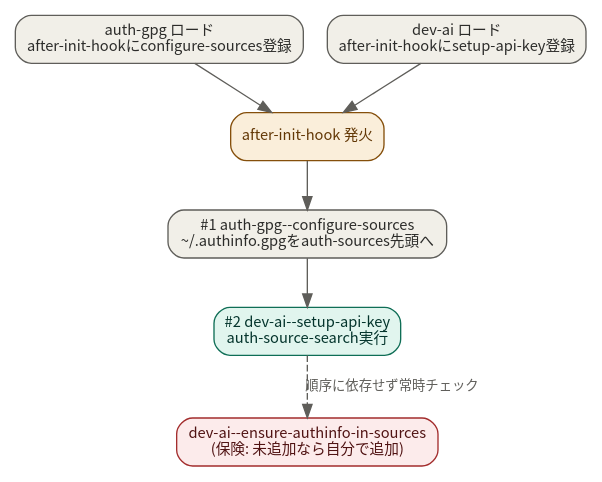
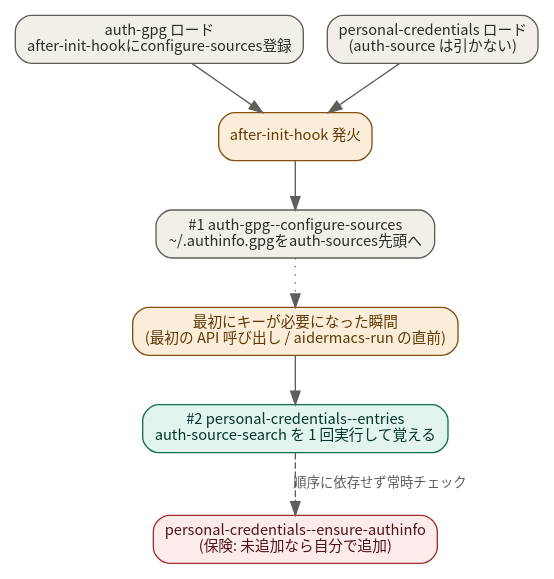
Before and after one commit to ac1965/.emacs.d: the eighth of 15 diagrams in README.org, drawn with Graphviz. The commit also changed other lines of this file and 5 other files, not shown here.

First line of the commit message:
docs(README): 散文と図を実コードに合わせる

```diff
--- a/README.org
+++ b/README.org
@@ -1928,21 +1936,24 @@
 #+begin_src dot
 digraph auth_resolution {
   rankdir=TB;
   bgcolor="white";
   fontname="Noto Sans CJK JP";
   node [shape=box style="rounded,filled" fontname="Noto Sans CJK JP" fontsize=11 fillcolor="#F1EFE8" color="#5F5E5A" fontcolor="#2C2C2A"];
   edge [color="#5F5E5A" fontname="Noto Sans CJK JP" fontsize=10 fontcolor="#5F5E5A"];
 
   g1 [label="auth-gpg ロード\nafter-init-hookにconfigure-sources登録"];
-  g2 [label="dev-ai ロード\nafter-init-hookにsetup-api-key登録"];
+  g2 [label="personal-credentials ロード\n(auth-source は引かない)"];
   fire [label="after-init-hook 発火" fillcolor="#FAEEDA" color="#854F0B" fontcolor="#633806"];
   s1 [label="#1 auth-gpg--configure-sources\n~/.authinfo.gpgをauth-sources先頭へ"];
-  s2 [label="#2 dev-ai--setup-api-key\nauth-source-search実行" fillcolor="#E1F5EE" color="#0F6E56" fontcolor="#04342C"];
-  safety [label="dev-ai--ensure-authinfo-in-sources\n(保険: 未追加なら自分で追加)" fillcolor="#FCEBEB" color="#A32D2D" fontcolor="#501313"];
+  use [label="最初にキーが必要になった瞬間\n(最初の API 呼び出し / aidermacs-run の直前)" fillcolor="#FAEEDA" color="#854F0B" fontcolor="#633806"];
+  s2 [label="#2 personal-credentials--entries\nauth-source-search を 1 回実行して覚える" fillcolor="#E1F5EE" color="#0F6E56" fontcolor="#04342C"];
+  safety [label="personal-credentials--ensure-authinfo\n(保険: 未追加なら自分で追加)" fillcolor="#FCEBEB" color="#A32D2D" fontcolor="#501313"];
 
   g1 -> fire;
   g2 -> fire;
-  fire -> s1 -> s2;
+  fire -> s1;
+  s1 -> use [style=dotted];
+  use -> s2;
   s2 -> safety [style=dashed label="順序に依存せず常時チェック"];
 }
 #+end_src
```
